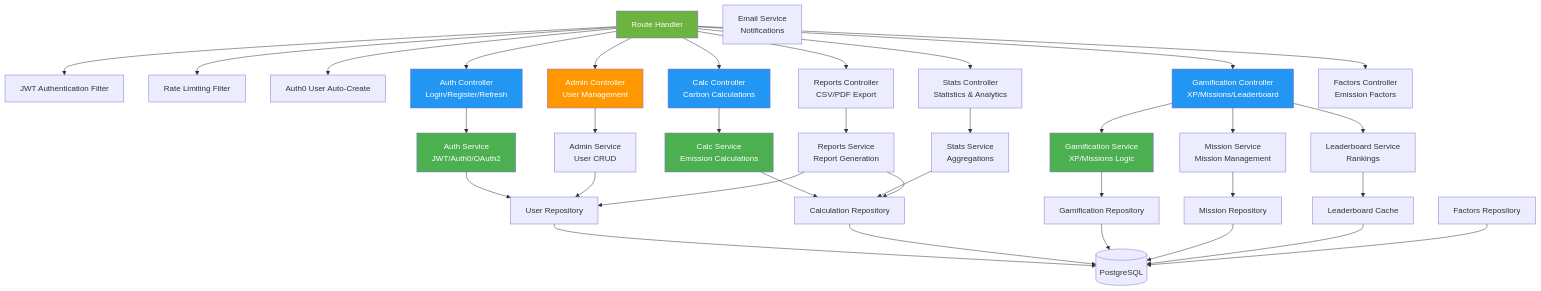
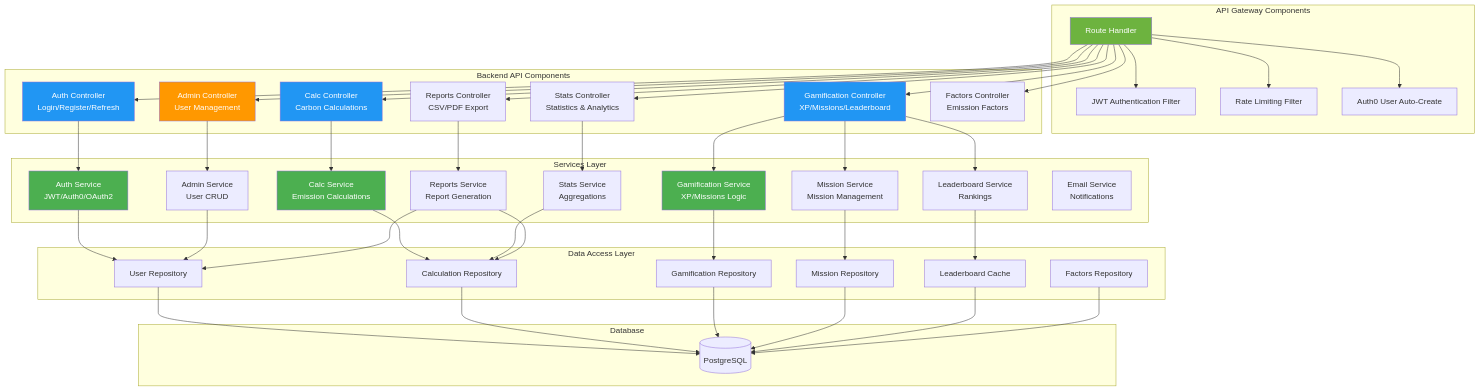
Before and after one commit to HectorCano1411/ecoestudiante: the third of 4 diagrams in README.md, drawn with Mermaid. The commit also changed other lines of this file, not shown here.

````diff
--- a/README.md
+++ b/README.md
@@ -179,32 +201,46 @@
 ```mermaid
-graph TD
-    GatewayRouter[Route Handler]
-    JWTFilter[JWT Authentication Filter]
-    RateLimiter[Rate Limiting Filter]
-    Auth0Filter[Auth0 User Auto-Create]
-    AuthController[Auth Controller<br/>Login/Register/Refresh]
-    CalcController[Calc Controller<br/>Carbon Calculations]
-    StatsController[Stats Controller<br/>Statistics & Analytics]
-    GamificationController[Gamification Controller<br/>XP/Missions/Leaderboard]
-    AdminController[Admin Controller<br/>User Management]
-    ReportsController[Reports Controller<br/>CSV/PDF Export]
-    FactorsController[Factors Controller<br/>Emission Factors]
-    AuthService[Auth Service<br/>JWT/Auth0/OAuth2]
-    CalcService[Calc Service<br/>Emission Calculations]
-    StatsService[Stats Service<br/>Aggregations]
-    GamificationService[Gamification Service<br/>XP/Missions Logic]
-    MissionService[Mission Service<br/>Mission Management]
-    LeaderboardService[Leaderboard Service<br/>Rankings]
-    AdminService[Admin Service<br/>User CRUD]
-    ReportsService[Reports Service<br/>Report Generation]
-    EmailService[Email Service<br/>Notifications]
-    UserRepository[User Repository]
-    CalcRepository[Calculation Repository]
-    GamificationRepository[Gamification Repository]
-    MissionRepository[Mission Repository]
-    LeaderboardCacheRepository[Leaderboard Cache]
-    FactorsRepository[Factors Repository]
-    PostgreSQL[(PostgreSQL)]
+graph TB
+    subgraph "API Gateway Components"
+        GatewayRouter[Route Handler]
+        JWTFilter[JWT Authentication Filter]
+        RateLimiter[Rate Limiting Filter]
+        Auth0Filter[Auth0 User Auto-Create]
+    end
+    
+    subgraph "Backend API Components"
+        AuthController[Auth Controller<br/>Login/Register/Refresh]
+        CalcController[Calc Controller<br/>Carbon Calculations]
+        StatsController[Stats Controller<br/>Statistics & Analytics]
+        GamificationController[Gamification Controller<br/>XP/Missions/Leaderboard]
+        AdminController[Admin Controller<br/>User Management]
+        ReportsController[Reports Controller<br/>CSV/PDF Export]
+        FactorsController[Factors Controller<br/>Emission Factors]
+    end
+    
+    subgraph "Services Layer"
+        AuthService[Auth Service<br/>JWT/Auth0/OAuth2]
+        CalcService[Calc Service<br/>Emission Calculations]
+        StatsService[Stats Service<br/>Aggregations]
+        GamificationService[Gamification Service<br/>XP/Missions Logic]
+        MissionService[Mission Service<br/>Mission Management]
+        LeaderboardService[Leaderboard Service<br/>Rankings]
+        AdminService[Admin Service<br/>User CRUD]
+        ReportsService[Reports Service<br/>Report Generation]
+        EmailService[Email Service<br/>Notifications]
+    end
+    
+    subgraph "Data Access Layer"
+        UserRepository[User Repository]
+        CalcRepository[Calculation Repository]
+        GamificationRepository[Gamification Repository]
+        MissionRepository[Mission Repository]
+        LeaderboardCacheRepository[Leaderboard Cache]
+        FactorsRepository[Factors Repository]
+    end
+    
+    subgraph "Database"
+        PostgreSQL[(PostgreSQL)]
+    end
     
     GatewayRouter --> JWTFilter
     GatewayRouter --> RateLimiter
````
